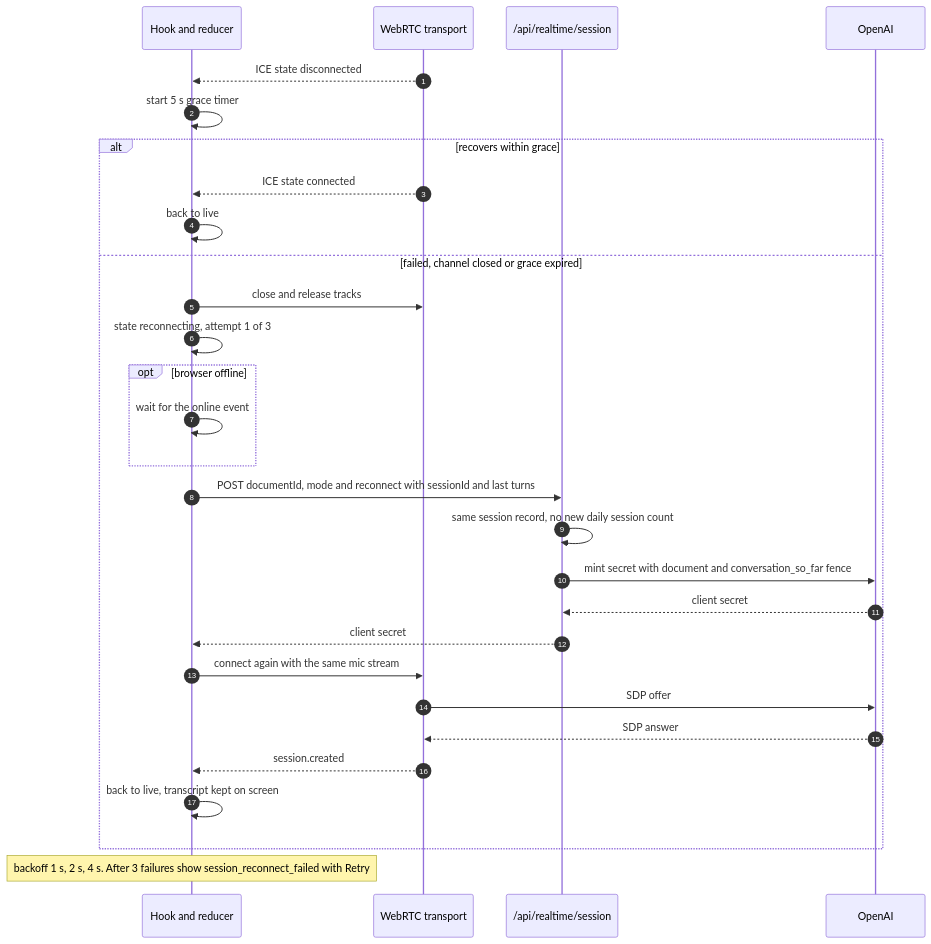
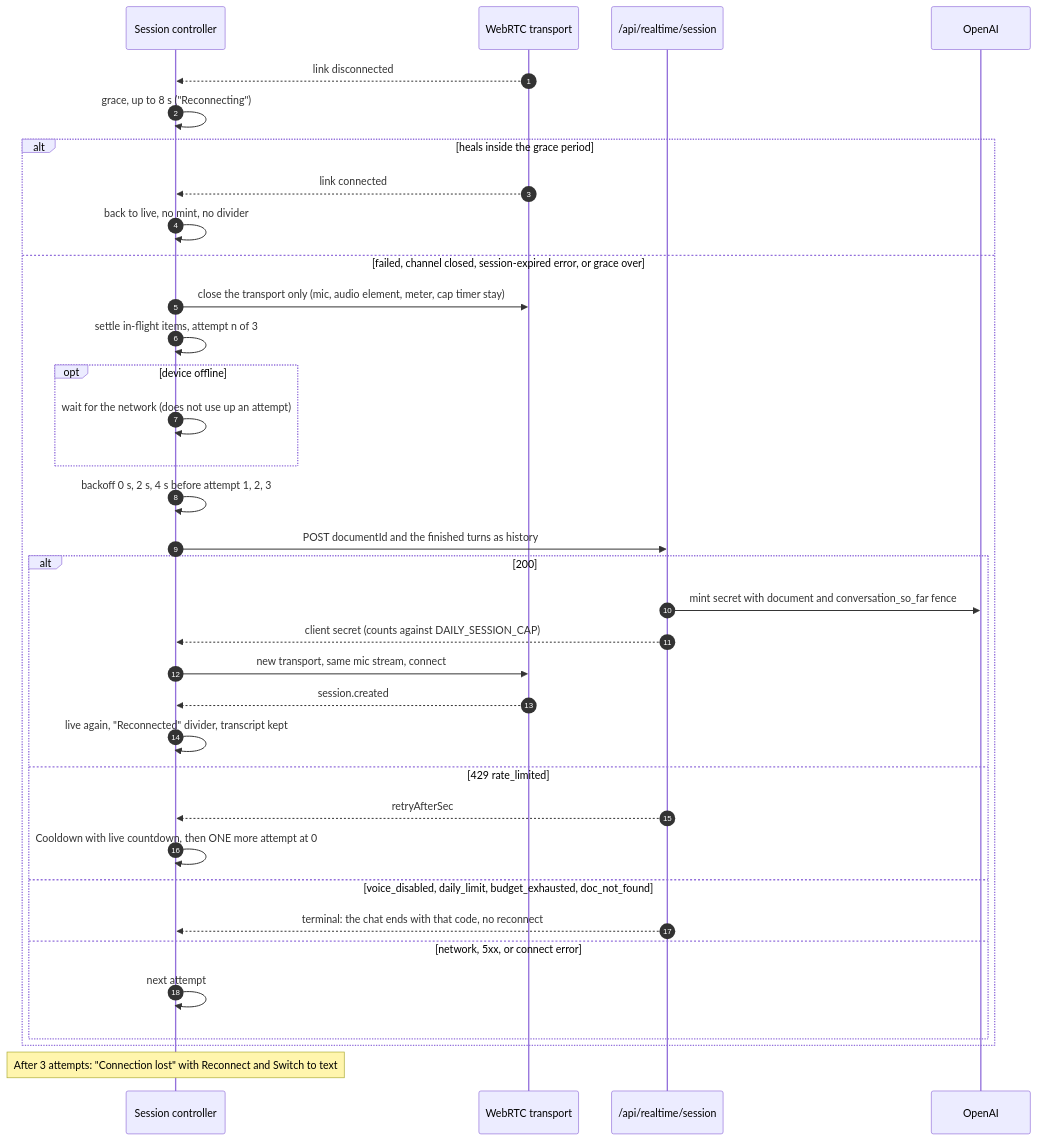
The fourth of 5 diagrams in docs/ARCHITECTURE.md (Otm02/talk-to-doc), drawn with Mermaid before and after one commit. The commit also changed other lines of this file and 60 other files, not shown here.

First line of the commit message:
feat(resilience): reconnect state machine, offline resume, stall detection and mic re-acquire (M9) (#23)

````diff
--- a/docs/ARCHITECTURE.md
+++ b/docs/ARCHITECTURE.md
@@ -275,31 +279,37 @@
 ```mermaid
 sequenceDiagram
     autonumber
-    participant H as Hook and reducer
+    participant H as Session controller
     participant T as WebRTC transport
     participant SE as /api/realtime/session
     participant OA as OpenAI
-    T-->>H: ICE state disconnected
-    H->>H: start 5 s grace timer
-    alt recovers within grace
-        T-->>H: ICE state connected
-        H->>H: back to live
-    else failed, channel closed or grace expired
-        H->>T: close and release tracks
-        H->>H: state reconnecting, attempt 1 of 3
-        opt browser offline
-            H->>H: wait for the online event
+    T-->>H: link disconnected
+    H->>H: grace, up to 8 s ("Reconnecting")
+    alt heals inside the grace period
+        T-->>H: link connected
+        H->>H: back to live, no mint, no divider
+    else failed, channel closed, session-expired error, or grace over
+        H->>T: close the transport only (mic, audio element, meter, cap timer stay)
+        H->>H: settle in-flight items, attempt n of 3
+        opt device offline
+            H->>H: wait for the network (does not use up an attempt)
         end
-        H->>SE: POST documentId, mode and reconnect with sessionId and last turns
-        SE->>SE: same session record, no new daily session count
-        SE->>OA: mint secret with document and conversation_so_far fence
-        OA-->>SE: client secret
-        SE-->>H: client secret
-        H->>T: connect again with the same mic stream
-        T->>OA: SDP offer
-        OA-->>T: SDP answer
-        T-->>H: session.created
-        H->>H: back to live, transcript kept on screen
+        H->>H: backoff 0 s, 2 s, 4 s before attempt 1, 2, 3
+        H->>SE: POST documentId and the finished turns as history
+        alt 200
+            SE->>OA: mint secret with document and conversation_so_far fence
+            SE-->>H: client secret (counts against DAILY_SESSION_CAP)
+            H->>T: new transport, same mic stream, connect
+            T-->>H: session.created
+            H->>H: live again, "Reconnected" divider, transcript kept
+        else 429 rate_limited
+            SE-->>H: retryAfterSec
+            H->>H: Cooldown with live countdown, then ONE more attempt at 0
+        else voice_disabled, daily_limit, budget_exhausted, doc_not_found
+            SE-->>H: terminal: the chat ends with that code, no reconnect
+        else network, 5xx, or connect error
+            H->>H: next attempt
+        end
     end
-    Note over H: backoff 1 s, 2 s, 4 s. After 3 failures show session_reconnect_failed with Retry
+    Note over H: After 3 attempts: "Connection lost" with Reconnect and Switch to text
 ```
````
